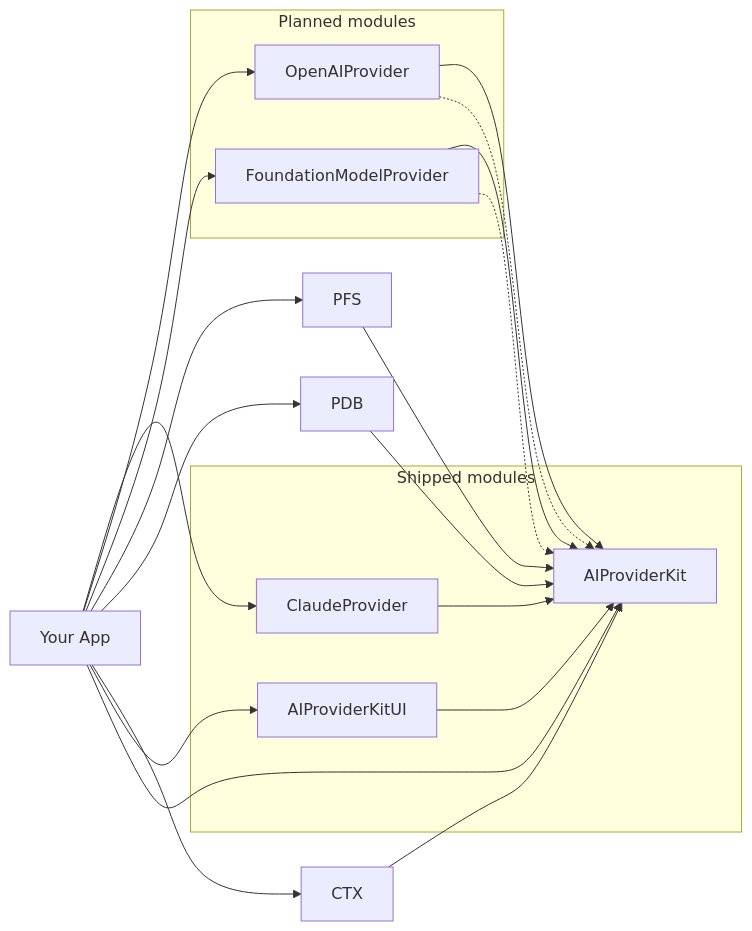
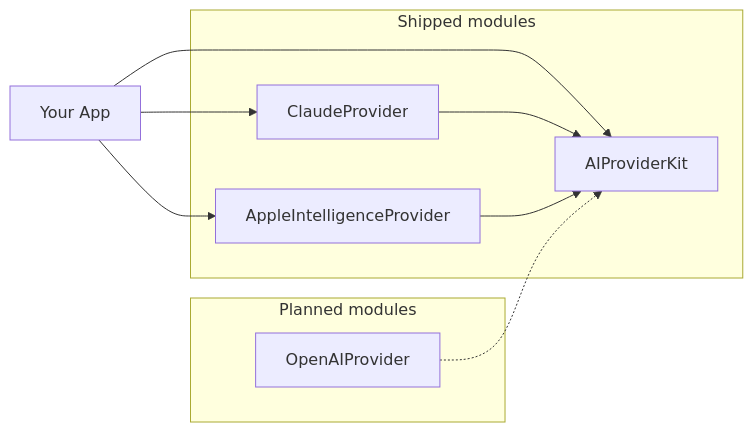
One commit to molayab/swift-ai-provider-kit changed the first of 9 diagrams in Documentation/Architecture.md. Above: the diagram before and after it, drawn with Mermaid. The commit also changed other lines of this file and 69 other files, not shown here.

Commit message:
Add AppleIntelligenceProvioder support for in-device execution  (#5)

````diff
--- a/Documentation/Architecture.md
+++ b/Documentation/Architecture.md
@@ -34,34 +34,22 @@
 ```mermaid
 graph LR
     App["Your App"]
 
     subgraph shipped["Shipped modules"]
         Core["AIProviderKit"]
         Claude["ClaudeProvider"]
-        UI["AIProviderKitUI"]
+        FM["AppleIntelligenceProvider"]
     end
 
     subgraph planned["Planned modules"]
-        FM["FoundationModelProvider"]
         OpenAI["OpenAIProvider"]
     end
 
     App --> Claude
-    App --> OpenAI
     App --> FM
-    App --> PFS
-    App --> PDB
-    App --> CTX
-    App --> UI
     App --> Core
 
     Claude --> Core
-    OpenAI --> Core
     FM --> Core
-    PFS --> Core
-    PDB --> Core
-    CTX --> Core
-    UI --> Core
-    FM -.-> Core
     OpenAI -.-> Core
 ```
````
